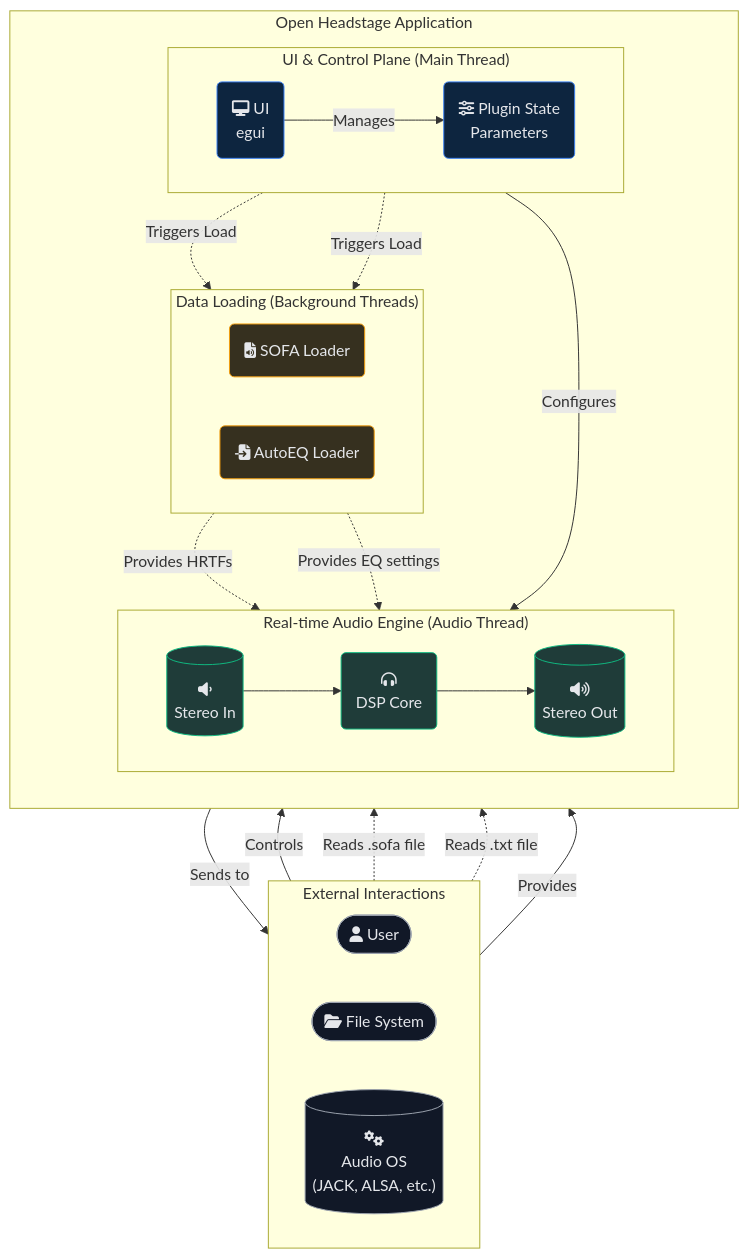
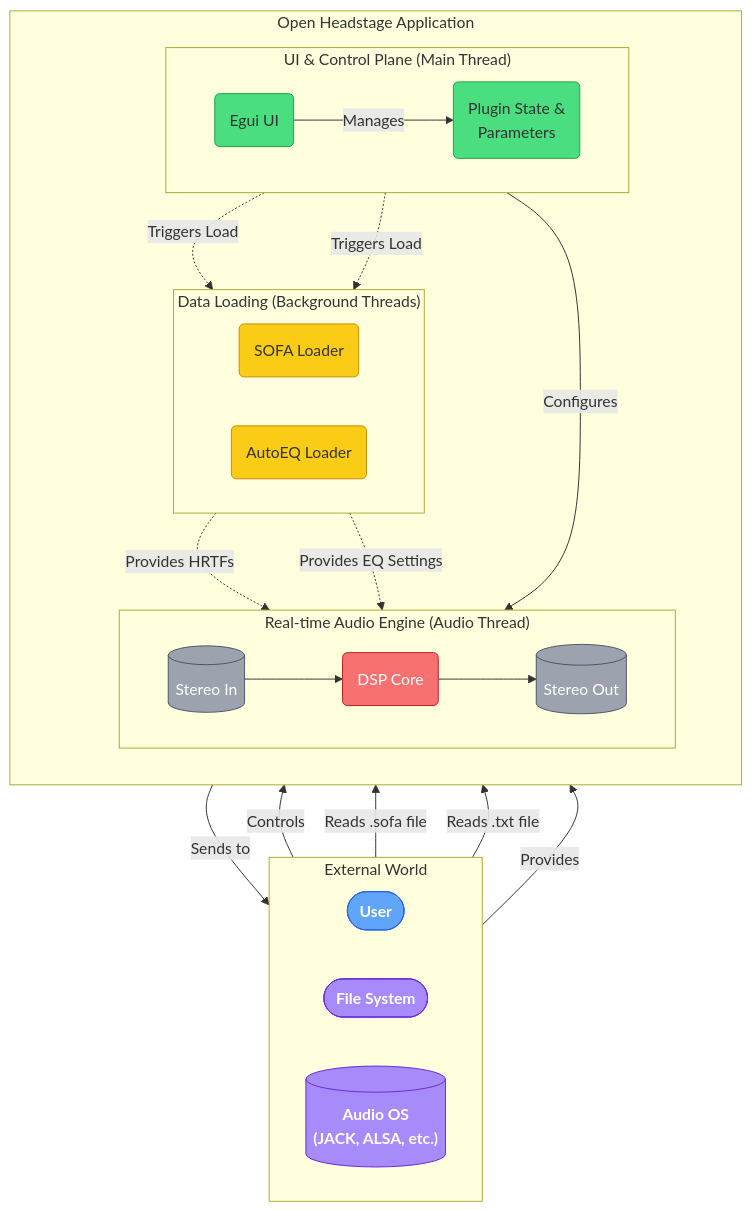
The first of 2 diagrams in README.md (KiloHertzian/Open-Headstage), drawn with Mermaid before and after one commit. The commit also changed other lines of this file and 2 other files, not shown here.

Commit message:
docs: Redesign README diagrams for clarity and style

````diff
--- a/README.md
+++ b/README.md
@@ -47,59 +47,57 @@
 ```mermaid
 graph TD
-    subgraph "External Interactions"
+    %% === Style Definitions ===
+    classDef user fill:#60a5fa,stroke:#2563eb,color:#fff,font-weight:bold
+    classDef system fill:#a78bfa,stroke:#6d28d9,color:#fff,font-weight:bold
+    classDef ui fill:#4ade80,stroke:#16a34a,color:#333
+    classDef data fill:#facc15,stroke:#ca8a04,color:#333
+    classDef realtime fill:#f87171,stroke:#b91c1c,color:#fff
+    classDef io fill:#9ca3af,stroke:#4b5563,color:#fff
+
+    %% === Node Declarations ===
+    subgraph "External World"
         direction LR
-        User([fa:fa-user User])
-        FileSystem([fa:fa-folder-open File System])
-        AudioOS[("fa:fa-cogs<br>Audio OS<br>(JACK, ALSA, etc.)")]
+        User([User]):::user
+        FileSystem([File System]):::system
+        AudioOS[("Audio OS<br>(JACK, ALSA, etc.)")]:::system
     end
 
     subgraph "Open Headstage Application"
         direction TB
         
         subgraph "UI & Control Plane (Main Thread)"
             direction LR
-            UI(fa:fa-desktop UI<br>egui)
-            PluginState(fa:fa-sliders-h Plugin State<br>Parameters)
+            UI(Egui UI):::ui
+            PluginState(Plugin State &<br>Parameters):::ui
         end
 
         subgraph "Data Loading (Background Threads)"
             direction LR
-            SofaLoader(fa:fa-file-audio SOFA Loader)
-            AutoEQLoader(fa:fa-file-import AutoEQ Loader)
+            SofaLoader(SOFA Loader):::data
+            AutoEQLoader(AutoEQ Loader):::data
         end
 
         subgraph "Real-time Audio Engine (Audio Thread)"
             direction LR
-            AudioInput[("fa:fa-volume-down<br>Stereo In")] --> AudioEngine("fa:fa-headphones-alt<br>DSP Core") --> AudioOutput[("fa:fa-volume-up<br>Stereo Out")]
+            AudioInput[("Stereo In")]:::io --> AudioEngine("DSP Core"):::realtime --> AudioOutput[("Stereo Out")]:::io
         end
     end
 
-    %% --- Connections ---
+    %% === Connections ===
     User -- "Controls" --> UI
     UI -- "Manages" --> PluginState
     
     UI -. "Triggers Load" .-> SofaLoader
     UI -. "Triggers Load" .-> AutoEQLoader
 
-    FileSystem -. "Reads .sofa file" .-> SofaLoader
-    FileSystem -. "Reads .txt file" .-> AutoEQLoader
+    FileSystem -- "Reads .sofa file" --> SofaLoader
+    FileSystem -- "Reads .txt file" --> AutoEQLoader
 
     SofaLoader -. "Provides HRTFs" .-> AudioEngine
-    AutoEQLoader -. "Provides EQ settings" .-> AudioEngine
+    AutoEQLoader -. "Provides EQ Settings" .-> AudioEngine
     
     PluginState -- "Configures" --> AudioEngine
 
     AudioOS -- "Provides" --> AudioInput
     AudioOutput -- "Sends to" --> AudioOS
-
-    %% --- Styling ---
-    classDef external fill:#111827,stroke:#9ca3af,color:#e5e7eb
-    classDef ui fill:#0d253f,stroke:#3b82f6,color:#e5e7eb
-    classDef data fill:#36301f,stroke:#f59e0b,color:#e5e7eb
-    classDef realtime fill:#1f3c39,stroke:#10b981,color:#e5e7eb
-
-    class User,FileSystem,AudioOS external
-    class UI,PluginState ui
-    class SofaLoader,AutoEQLoader data
-    class AudioInput,AudioEngine,AudioOutput,AudioEngine realtime
 ```
````
